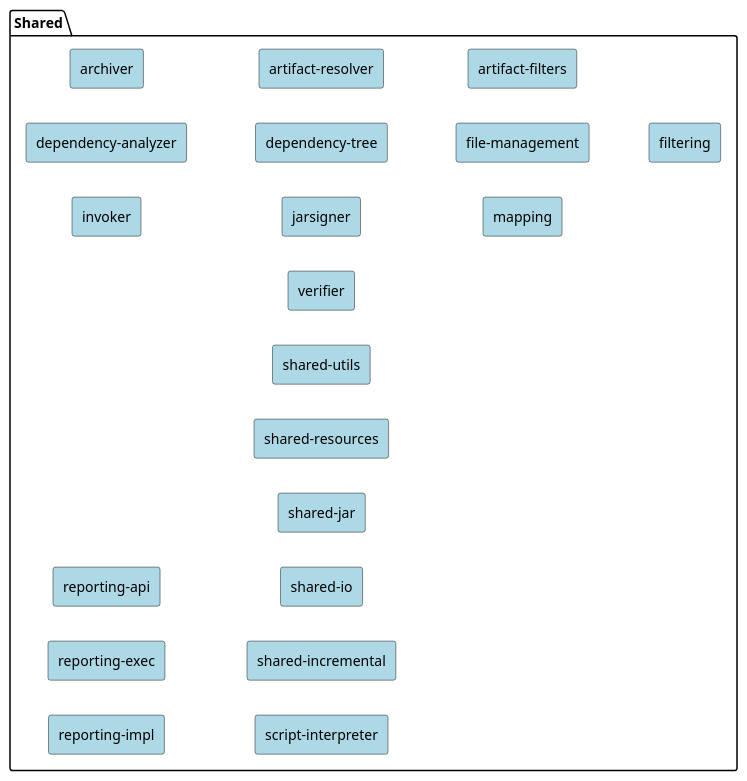
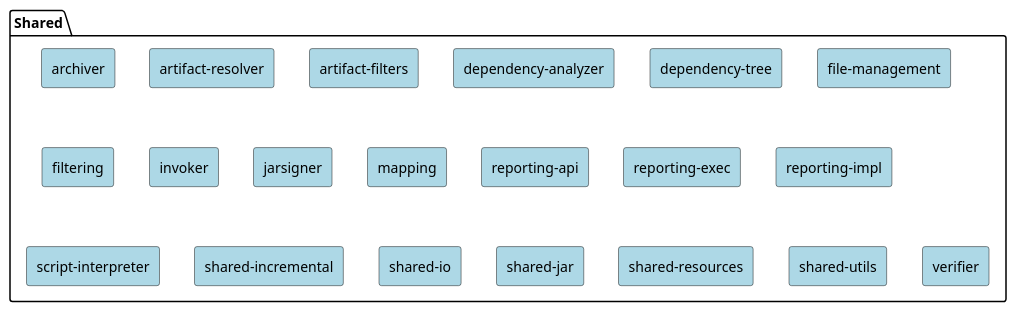
The diagram in src/plantuml/maven-sources/shared.puml (apache/maven-site), drawn with PlantUML before and after one commit. The commit also changed 3 other files, not shown here.

Commit message:
shorten plantuml schema

```diff
--- a/src/plantuml/maven-sources/shared.puml
+++ b/src/plantuml/maven-sources/shared.puml
@@ -19,79 +19,79 @@
 @startuml
 
 <style>
-
     rectangle {
         BackgroundColor LightBlue
     }
 }
 </style>
 
 package "Shared" {
-
-left to right direction
-
   rectangle "archiver"
   rectangle "artifact-resolver"
   rectangle "artifact-filters"
   rectangle "dependency-analyzer"
   rectangle "dependency-tree"
   rectangle "file-management"
   rectangle "filtering"
   rectangle "invoker"
   rectangle "jarsigner"
   rectangle "mapping"
   rectangle "reporting-api"
   rectangle "reporting-exec"
   rectangle "reporting-impl"
   rectangle "script-interpreter"
   rectangle "shared-incremental"
   rectangle "shared-io"
   rectangle "shared-jar"
   rectangle "shared-resources"
   rectangle "shared-utils"
   rectangle "verifier"
 }
 
 'hidden dependencies to change layout
-"archiver" -[hidden]down- "artifact-resolver"
-"artifact-resolver" -[hidden]down- "artifact-filters"
+"archiver" -[hidden]down-> "filtering"
+"filtering" -[hidden]down-> "script-interpreter"
 
-"archiver"  -[hidden]left- "dependency-analyzer"
-"dependency-analyzer" -[hidden]down- "dependency-tree"
-"dependency-tree" -[hidden]down- "file-management"
-"file-management" -[hidden]down- "filtering"
+"archiver" -[hidden]> "artifact-resolver"
+"artifact-resolver" -[hidden]> "artifact-filters"
+"artifact-filters" -[hidden]> "dependency-analyzer"
+"dependency-analyzer" -[hidden]> "dependency-tree"
+"dependency-tree" -[hidden]> "file-management"
 
-"dependency-analyzer" -[hidden]left- "invoker"
-"invoker" -[hidden]down- "jarsigner"
-"jarsigner" -[hidden]down- "mapping"
+"filtering" -[hidden]> "invoker"
+"invoker" -[hidden]> "jarsigner"
+"jarsigner" -[hidden]> "mapping"
+"mapping" -[hidden]> "reporting-api"
+"reporting-api" -[hidden]> "reporting-exec"
+"reporting-exec" -[hidden]> "reporting-impl"
+"reporting-impl" -[hidden]> "script-interpreter"
 
-"reporting-api" -[hidden]down-> "script-interpreter"
 "script-interpreter" -[hidden]> "shared-incremental"
 "shared-incremental" -[hidden]> "shared-io"
 "shared-io" -[hidden]> "shared-jar"
 "shared-jar" -[hidden]> "shared-resources"
 "shared-resources" -[hidden]> "shared-utils"
 "shared-utils" -[hidden]> "verifier"
 
 
 url of "archiver" is [[https://github.com/apache/maven-archiver]]
 url of "artifact-resolver" is [[https://github.com/apache/maven-resolver]]
 url of "artifact-filters" is [[https://github.com/apache/maven-common-artifact-filters]]
 url of "dependency-analyzer" is [[https://github.com/apache/maven-dependency-analyzer]]
 url of "dependency-tree" is [[https://github.com/apache/maven-dependency-tree]]
 url of "file-management" is [[https://github.com/apache/maven-file-management]]
 url of "filtering" is [[https://github.com/apache/maven-filtering]]
 url of "invoker" is [[https://github.com/apache/maven-invoker]]
 url of "jarsigner" is [[https://github.com/apache/maven-jarsigner]]
 url of "mapping" is [[https://github.com/apache/maven-mapping]]
 url of "reporting-api" is [[https://github.com/apache/maven-reporting-api]]
 url of "reporting-exec" is [[https://github.com/apache/maven-reporting-exec]]
 url of "reporting-impl" is [[https://github.com/apache/maven-reporting-impl]]
 url of "script-interpreter" is [[https://github.com/apache/maven-script-interpreter]]
 url of "shared-incremental" is [[https://github.com/apache/maven-shared-incremental]]
 url of "shared-io" is [[https://github.com/apache/maven-shared-io]]
 url of "shared-jar" is [[https://github.com/apache/maven-shared-jar]]
 url of "shared-resources" is [[https://github.com/apache/maven-shared-resources]]
 url of "shared-utils" is [[https://github.com/apache/maven-shared-utils]]
 url of "verifier" is [[https://github.com/apache/maven-verifier]]
 @enduml
```
